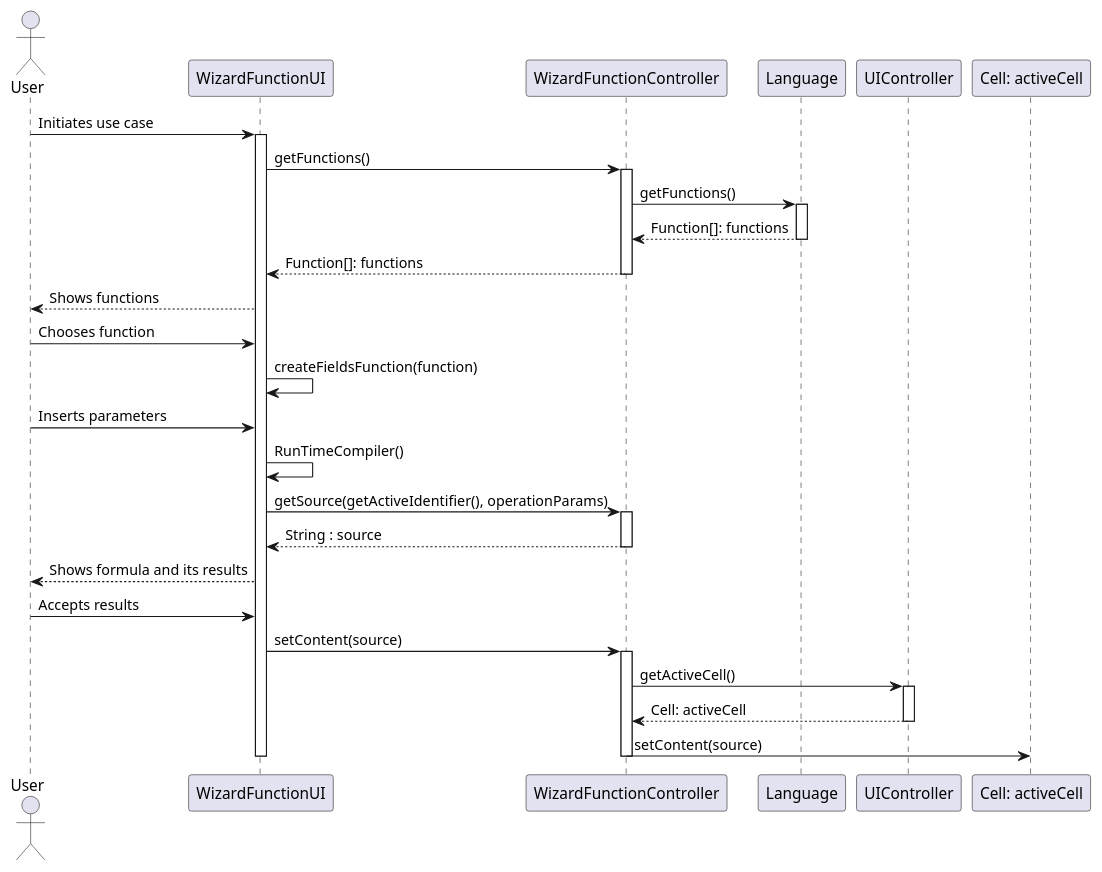
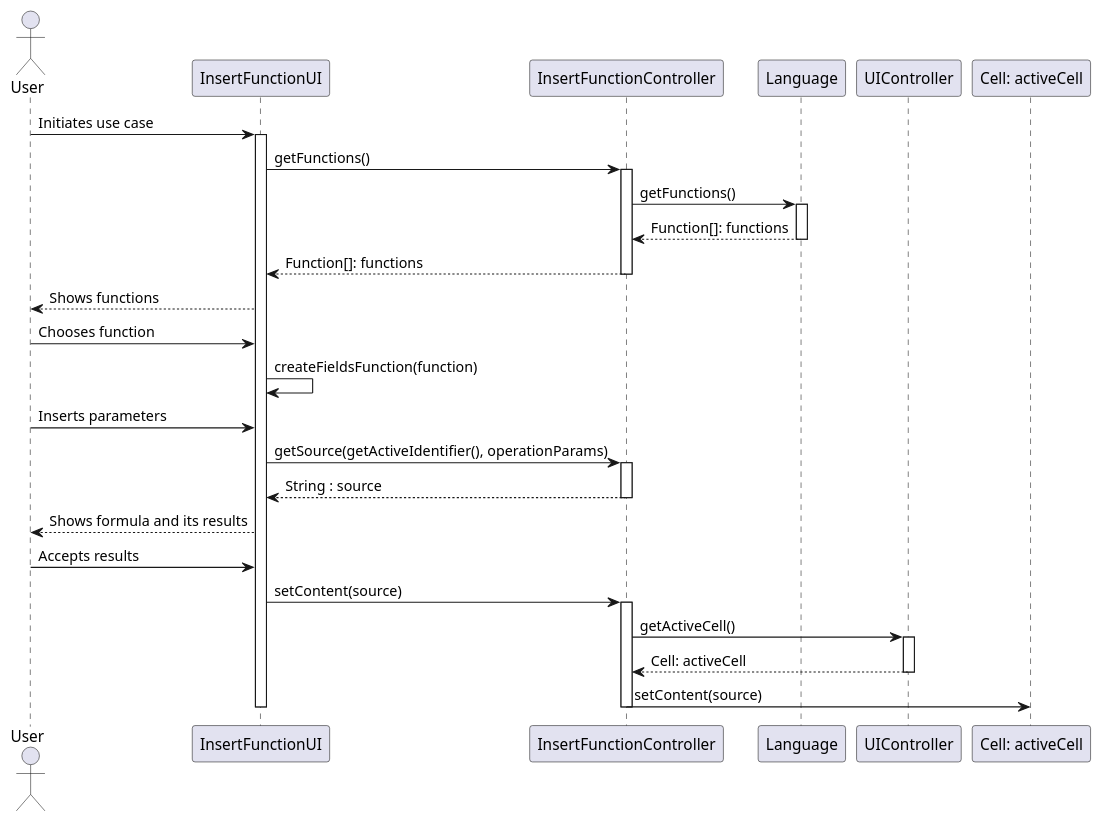
The diagram in src/main/java/lapr4/green/s3/lang/n1130626/intermediatewizard/lang04.2_design_part1.puml (PeFerreira98/ISEP.Lic.LAPR4_2017), drawn with PlantUML before and after one commit. The commit also changed 3 other files, not shown here.

```diff
--- a/src/main/java/lapr4/green/s3/lang/n1130626/intermediatewizard/lang04.2_design_part1.puml
+++ b/src/main/java/lapr4/green/s3/lang/n1130626/intermediatewizard/lang04.2_design_part1.puml
@@ -1,41 +1,40 @@
 @startuml lang04.2_design_part1.png
 
 actor User
-participant "WizardFunctionUI" as ui
-participant "WizardFunctionController" as ctrl
+participant "InsertFunctionUI" as ui
+participant "InsertFunctionController" as ctrl
 participant "Language" as lang
 participant "UIController" as uic
 participant "Cell: activeCell" as cell
 
 User -> ui : Initiates use case
 activate ui
 ui -> ctrl : getFunctions()
 activate ctrl
 ctrl -> lang : getFunctions()
 activate lang
 lang --> ctrl : Function[]: functions
 deactivate lang
 ctrl --> ui : Function[]: functions
 deactivate ctrl
 ui --> User : Shows functions
 User -> ui : Chooses function
 ui -> ui : createFieldsFunction(function)
 User -> ui : Inserts parameters
-ui -> ui : RunTimeCompiler()
 ui -> ctrl : getSource(getActiveIdentifier(), operationParams)
 activate ctrl
 ctrl --> ui : String : source
 deactivate ctrl
 ui --> User : Shows formula and its results
 User -> ui : Accepts results
 ui -> ctrl : setContent(source)
 activate ctrl
 ctrl -> uic : getActiveCell()
 activate uic
 uic --> ctrl : Cell: activeCell
 deactivate uic
 ctrl -> cell : setContent(source)
 deactivate ctrl
 deactivate ui
 
 @enduml
```
